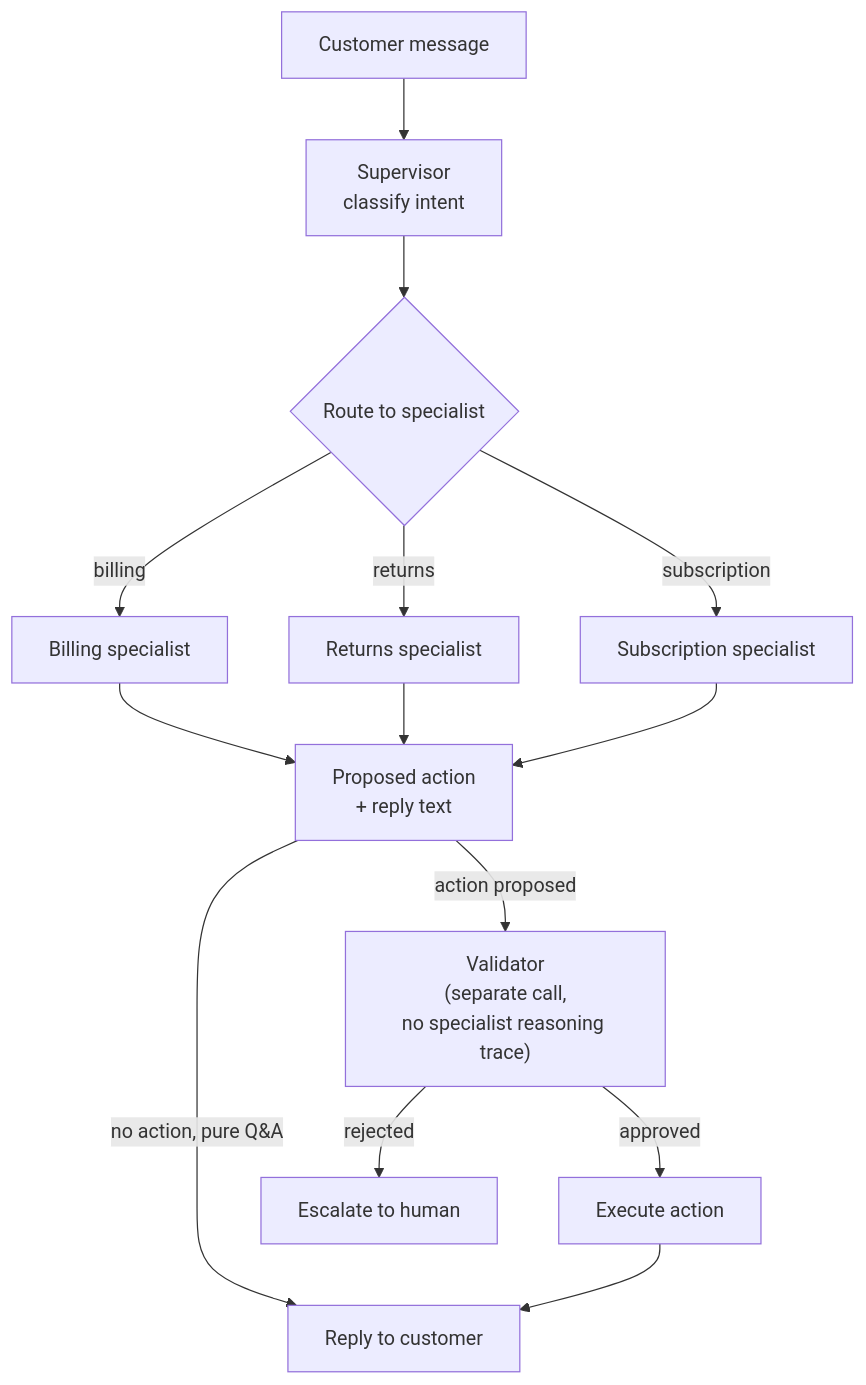
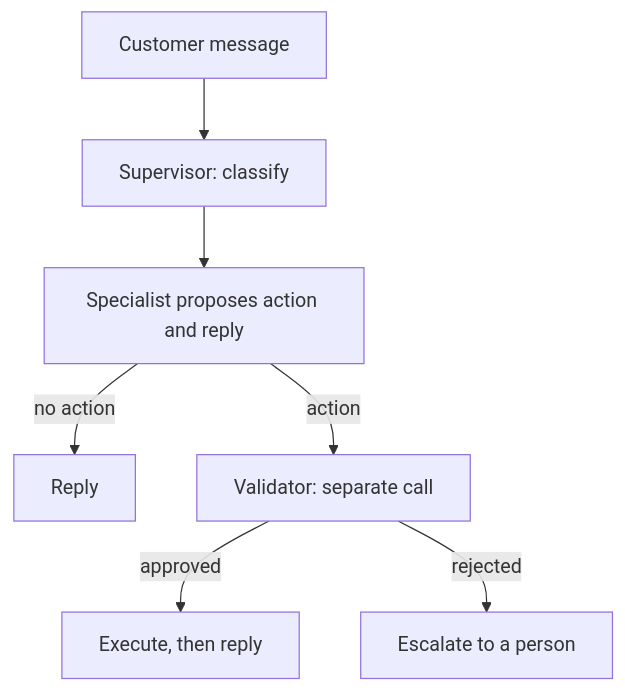
Before and after one commit to romancobblepot/AI-system-design-primer: the first of 2 diagrams in case-studies/multi-agent-customer-support/README.md, drawn with Mermaid. The commit also changed other lines of this file and 49 other files, not shown here.

````diff
--- a/case-studies/multi-agent-customer-support/README.md
+++ b/case-studies/multi-agent-customer-support/README.md
@@ -184,14 +198,9 @@
 ```mermaid
 flowchart TD
-    MSG["Customer message"] --> SUP["Supervisor\nclassify intent"]
-    SUP --> SPEC{"Route to specialist"}
-    SPEC -->|billing| S1["Billing specialist"]
-    SPEC -->|returns| S2["Returns specialist"]
-    SPEC -->|subscription| S3["Subscription specialist"]
-    S1 & S2 & S3 --> DRAFT["Proposed action\n+ reply text"]
-    DRAFT -->|"no action, pure Q&A"| REPLY["Reply to customer"]
-    DRAFT -->|"action proposed"| VAL["Validator\n(separate call,\nno specialist reasoning trace)"]
-    VAL -->|approved| EXEC["Execute action"]
-    EXEC --> REPLY
-    VAL -->|rejected| ESC["Escalate to human"]
+    MSG["Customer message"] --> SUP["Supervisor: classify"]
+    SUP --> SPEC["Specialist proposes action and reply"]
+    SPEC -->|"no action"| REPLY["Reply"]
+    SPEC -->|"action"| VAL["Validator: separate call"]
+    VAL -->|"approved"| EXEC["Execute, then reply"]
+    VAL -->|"rejected"| ESC["Escalate to a person"]
 ```
````
